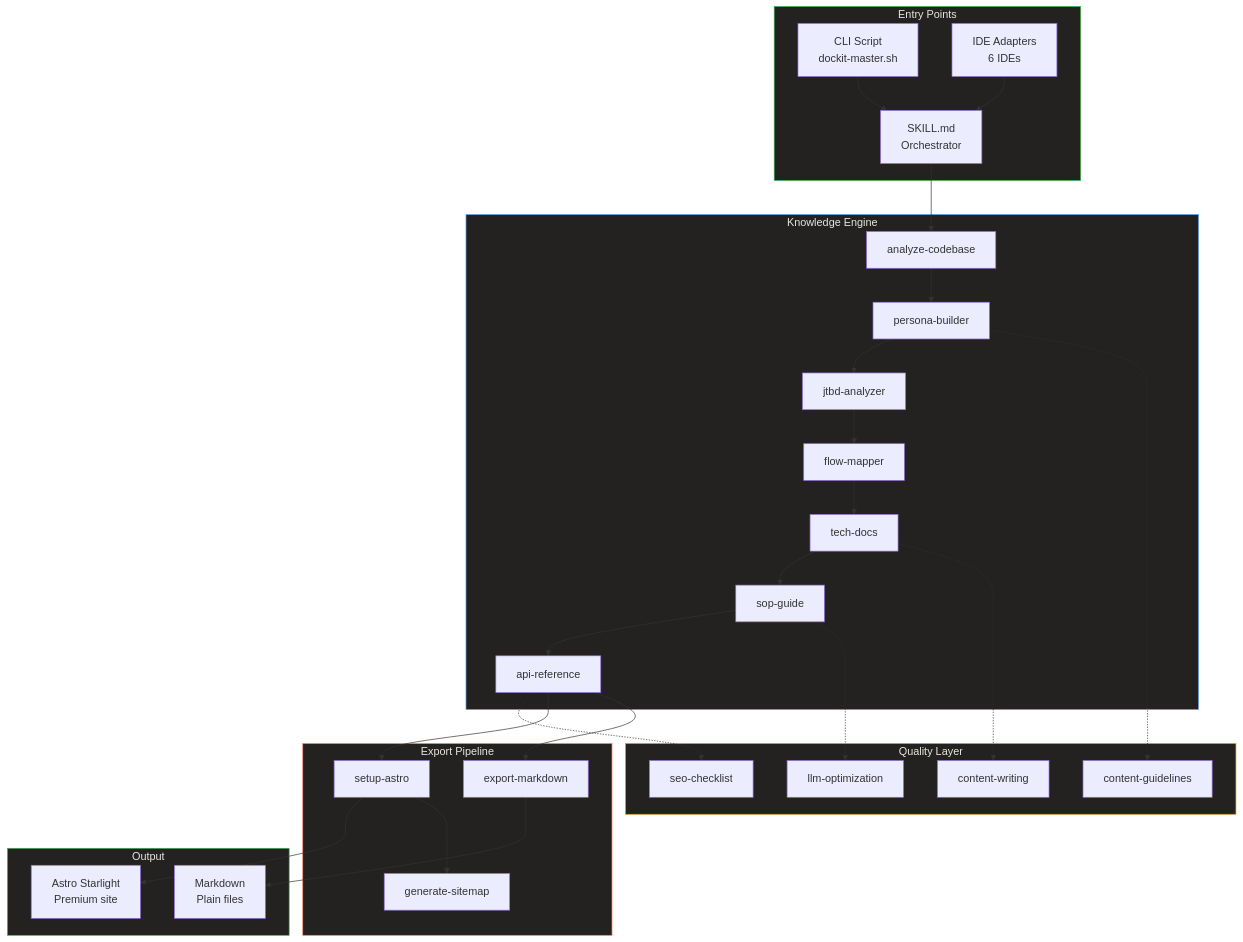
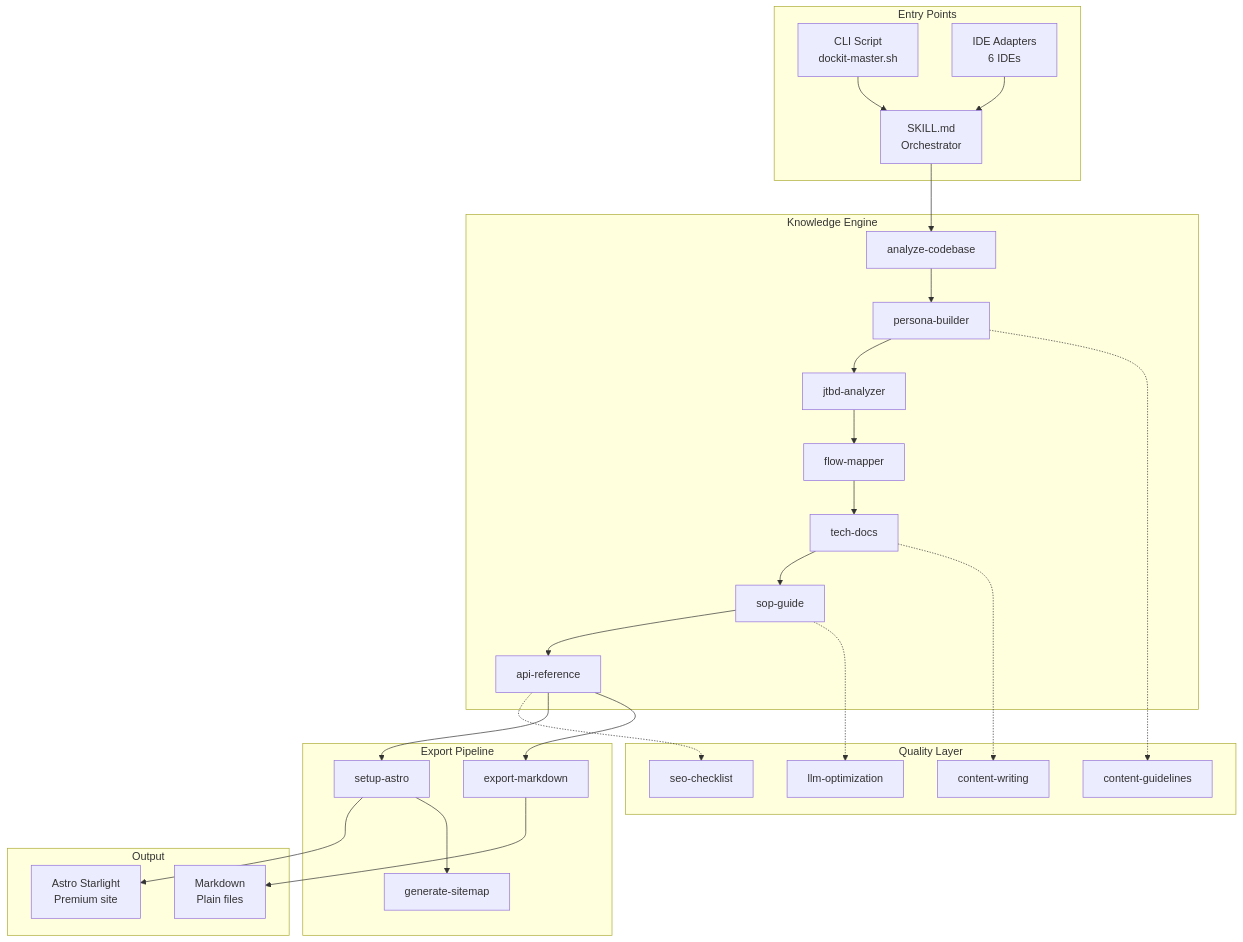
One commit to relukdev/doc-kit changed the diagram in astro-site/src/content/docs/architecture.md. Above: the diagram before and after it, drawn with Mermaid. The commit also changed 48 other files, not shown here.

First line of the commit message:
fix: remove hard-coded Mermaid dark-mode colors, use native themes for light/dark

````diff
--- a/astro-site/src/content/docs/architecture.md
+++ b/astro-site/src/content/docs/architecture.md
@@ -24,55 +24,50 @@
 ```mermaid
 graph TB
-    style Entry fill:#232221,stroke:#3fb950,color:#E8E5DF
-    style Engine fill:#232221,stroke:#60A5FA,color:#E8E5DF
-    style Quality fill:#232221,stroke:#d29922,color:#E8E5DF
-    style Export fill:#232221,stroke:#f78166,color:#E8E5DF
-    style Output fill:#232221,stroke:#3fb950,color:#E8E5DF
 
     subgraph Entry["Entry Points"]
         CLI["CLI Script\ndockit-master.sh"]
         ADP["IDE Adapters\n6 IDEs"]
         MAIN["SKILL.md\nOrchestrator"]
     end
 
     subgraph Engine["Knowledge Engine"]
         S1["analyze-codebase"]
         S2["persona-builder"]
         S3["jtbd-analyzer"]
         S4["flow-mapper"]
         S5["tech-docs"]
         S6["sop-guide"]
         S7["api-reference"]
     end
 
     subgraph Quality["Quality Layer"]
         Q1["content-guidelines"]
         Q2["content-writing"]
         Q3["llm-optimization"]
         Q4["seo-checklist"]
     end
 
     subgraph Export["Export Pipeline"]
         E1["setup-astro"]
         E2["export-markdown"]
         E3["generate-sitemap"]
     end
 
     subgraph Output["Output"]
         O1["Astro Starlight\nPremium site"]
         O2["Markdown\nPlain files"]
     end
 
     CLI --> MAIN
     ADP --> MAIN
     MAIN --> S1 --> S2 --> S3 --> S4 --> S5 --> S6 --> S7
     S2 -.-> Q1
     S5 -.-> Q2
     S6 -.-> Q3
     S7 -.-> Q4
     S7 --> E1
     S7 --> E2
     E1 --> O1
     E2 --> O2
     E1 --> E3
 ```
````
